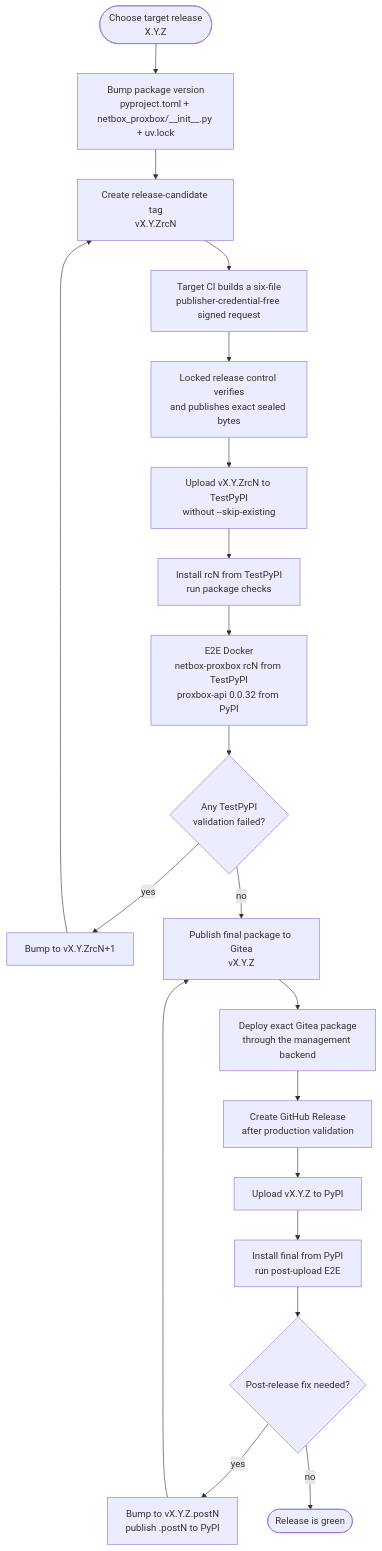
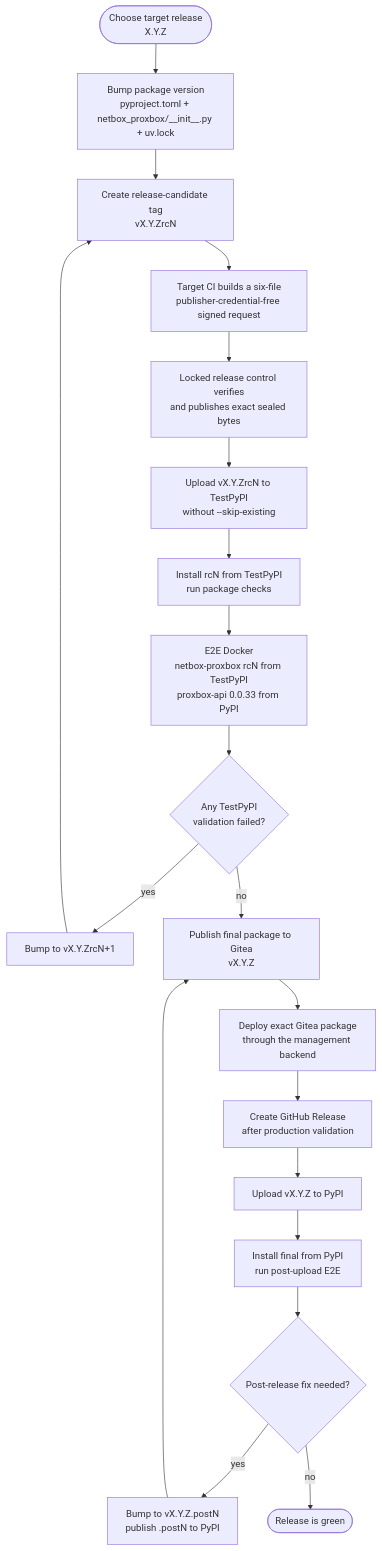
The first of 2 diagrams in docs/developer/release-publishing.md (emersonfelipesp/netbox-proxbox), drawn with Mermaid before and after one commit. The commit also changed other lines of this file and 61 other files, not shown here.

````diff
--- a/docs/developer/release-publishing.md
+++ b/docs/developer/release-publishing.md
@@ -13,27 +13,27 @@
 ```mermaid
 flowchart TD
     Start([Choose target release\nX.Y.Z])
     Bump[Bump package version\npyproject.toml + netbox_proxbox/__init__.py + uv.lock]
     RCTag[Create release-candidate tag\nvX.Y.ZrcN]
     RCCI[Target CI builds a six-file\npublisher-credential-free signed request]
     Control[Locked release control verifies\nand publishes exact sealed bytes]
     RCUpload[Upload vX.Y.ZrcN to TestPyPI\nwithout --skip-existing]
     RCValidate[Install rcN from TestPyPI\nrun package checks]
-    RCE2E[E2E Docker\nnetbox-proxbox rcN from TestPyPI\nproxbox-api 0.0.32 from PyPI]
+    RCE2E[E2E Docker\nnetbox-proxbox rcN from TestPyPI\nproxbox-api 0.0.33 from PyPI]
     RCFailed{Any TestPyPI\nvalidation failed?}
     NextRC[Bump to vX.Y.ZrcN+1]
     FinalPrivate[Publish final package to Gitea\nvX.Y.Z]
     Deploy[Deploy exact Gitea package\nthrough the management backend]
     PublicRelease[Create GitHub Release\nafter production validation]
     FinalUpload[Upload vX.Y.Z to PyPI]
     FinalValidate[Install final from PyPI\nrun post-upload E2E]
     FinalFailed{Post-release fix needed?}
     Post[Bump to vX.Y.Z.postN\npublish .postN to PyPI]
     Done([Release is green])
 
     Start --> Bump --> RCTag --> RCCI --> Control --> RCUpload --> RCValidate --> RCE2E --> RCFailed
     RCFailed -- yes --> NextRC --> RCTag
     RCFailed -- no --> FinalPrivate --> Deploy --> PublicRelease --> FinalUpload --> FinalValidate --> FinalFailed
     FinalFailed -- yes --> Post --> FinalPrivate
     FinalFailed -- no --> Done
 ```
````
